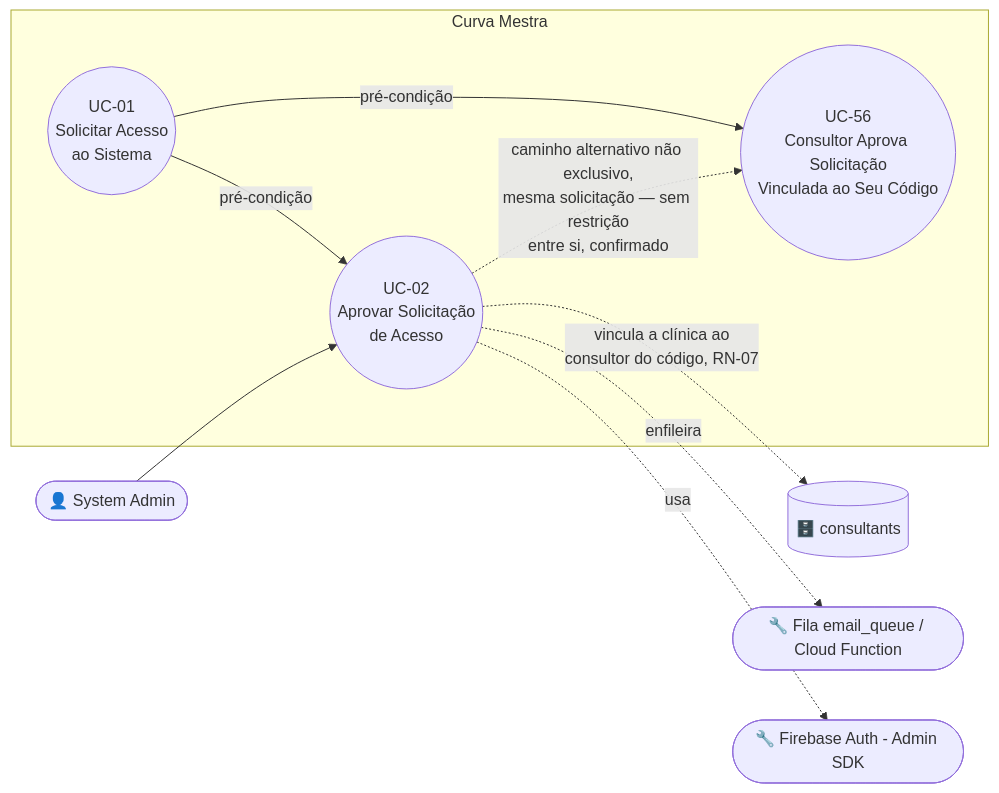
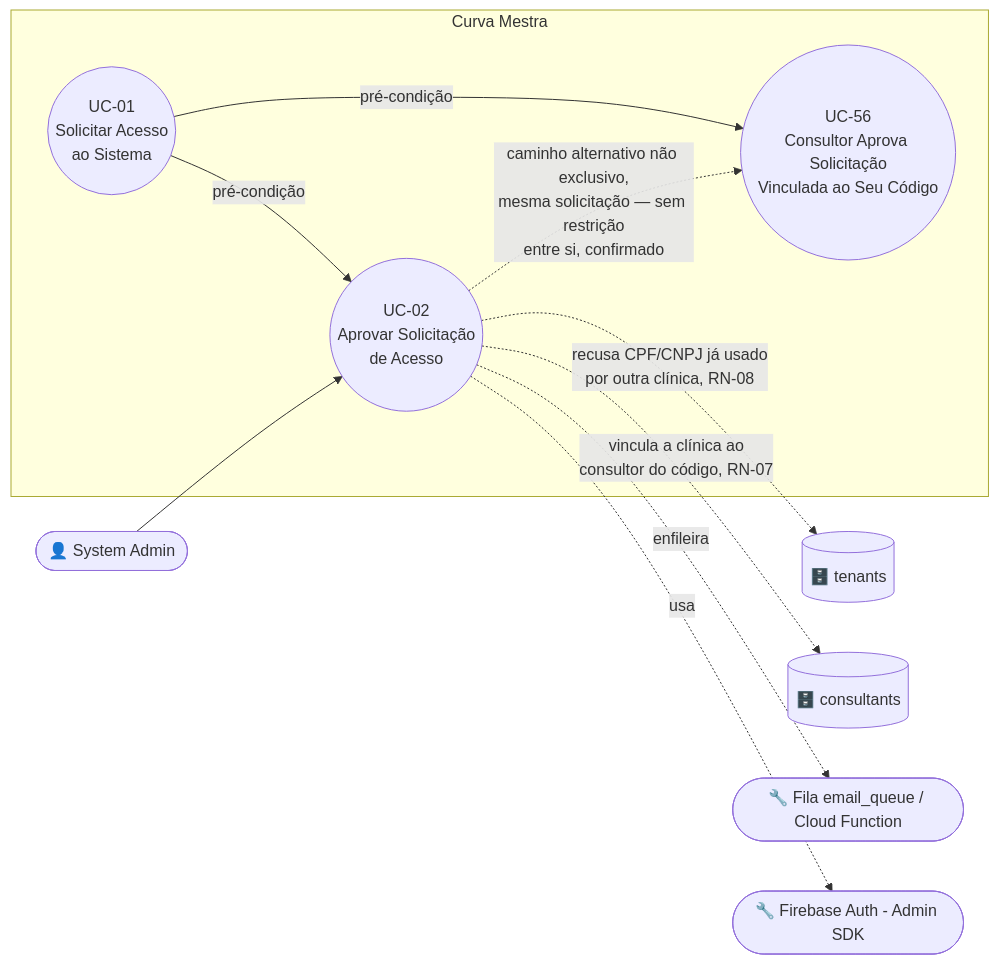
The diagram in ONLY_FOR_DEVS/PO_BA_Docs/UC-02-aprovar-solicitacao-de-acesso.md (GScandelari/curva_mestra_system), drawn with Mermaid before and after one commit. The commit also changed other lines of this file and 5 other files, not shown here.

````diff
--- a/ONLY_FOR_DEVS/PO_BA_Docs/UC-02-aprovar-solicitacao-de-acesso.md
+++ b/ONLY_FOR_DEVS/PO_BA_Docs/UC-02-aprovar-solicitacao-de-acesso.md
@@ -16,21 +16,23 @@
 ```mermaid
 flowchart LR
     Admin([👤 System Admin])
     FirebaseAuth([🔧 Firebase Auth - Admin SDK])
     EmailQueue([🔧 Fila email_queue / Cloud Function])
     Consultants[("🗄️ consultants")]
+    Tenants[("🗄️ tenants")]
 
     subgraph Sistema["Curva Mestra"]
         UC01(("UC-01\nSolicitar Acesso\nao Sistema"))
         UC02(("UC-02\nAprovar Solicitação\nde Acesso"))
         UC56(("UC-56\nConsultor Aprova Solicitação\nVinculada ao Seu Código"))
     end
 
     Admin --> UC02
     UC02 -.->|usa| FirebaseAuth
     UC02 -.->|enfileira| EmailQueue
     UC02 -.->|vincula a clínica ao\nconsultor do código, RN-07| Consultants
+    UC02 -.->|recusa CPF/CNPJ já usado\npor outra clínica, RN-08| Tenants
     UC01 -->|pré-condição| UC02
     UC01 -->|pré-condição| UC56
     UC02 -.->|caminho alternativo não exclusivo,\nmesma solicitação — sem restrição\nentre si, confirmado| UC56
 ```
````
